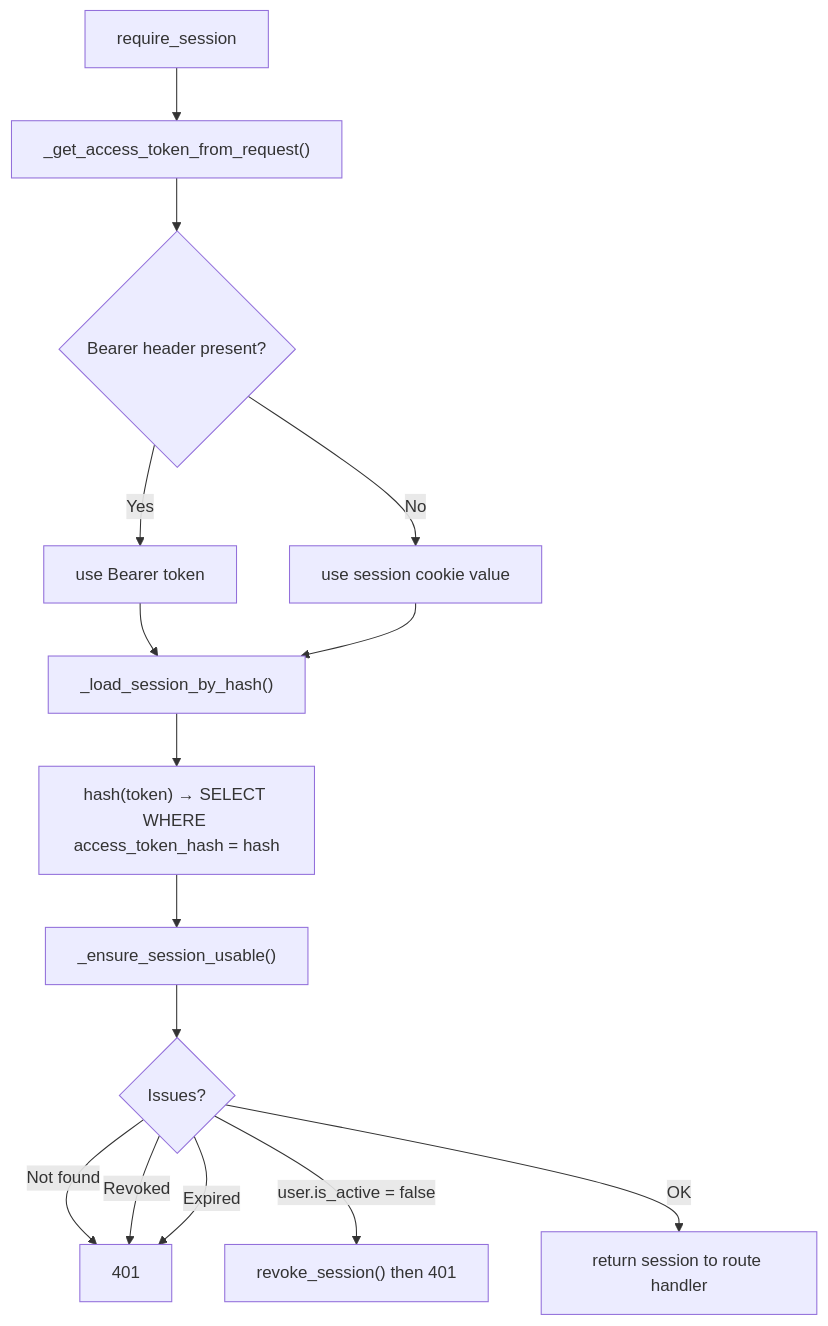
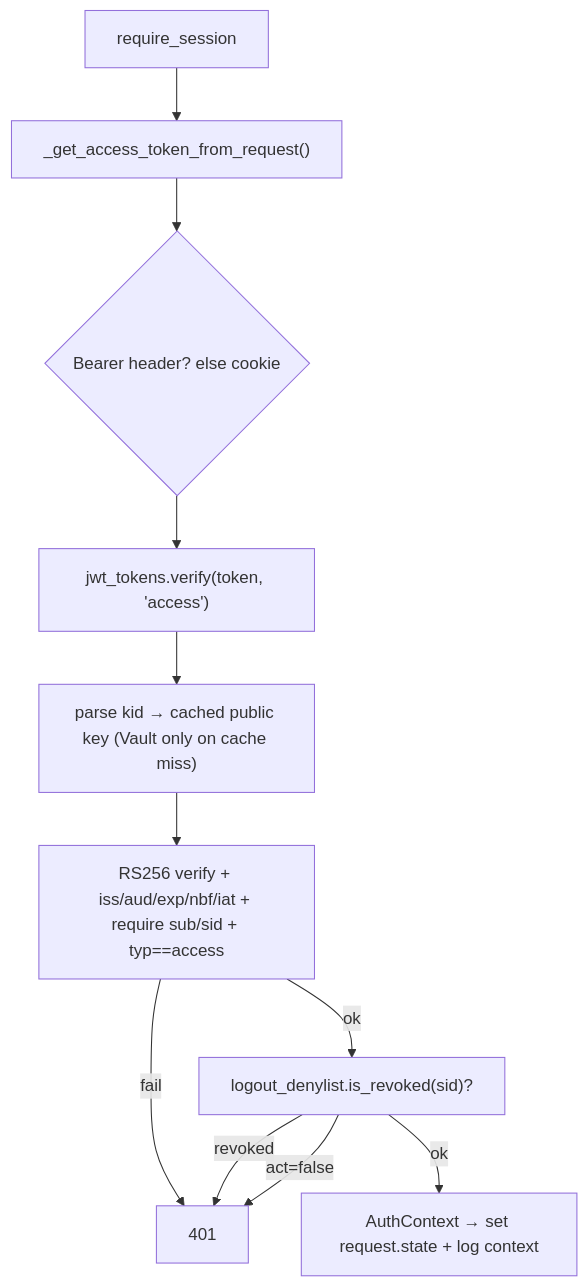
Before and after one commit to konstantinosmpouros/mAgenticX: the third of 5 diagrams in docs/flows/authentication-and-session.md, drawn with Mermaid. The commit also changed other lines of this file and 29 other files, not shown here.

Commit message:
Stateless Vault-signed JWT sessions, replacing DB-backed sessions

````diff
--- a/docs/flows/authentication-and-session.md
+++ b/docs/flows/authentication-and-session.md
@@ -160,16 +148,13 @@
 ```mermaid
 flowchart TD
     A["require_session"] --> B["_get_access_token_from_request()"]
-    B --> C{Bearer header present?}
-    C -->|Yes| D["use Bearer token"]
-    C -->|No| E["use session cookie value"]
-    D & E --> F["_load_session_by_hash()"]
-    F --> G["hash(token) → SELECT WHERE access_token_hash = hash"]
-    G --> H["_ensure_session_usable()"]
-    H --> I{Issues?}
-    I -->|Not found| J["401"]
-    I -->|Revoked| J
-    I -->|Expired| J
-    I -->|user.is_active = false| K["revoke_session() then 401"]
-    I -->|OK| L["return session to route handler"]
+    B --> C{"Bearer header? else cookie"}
+    C --> D["jwt_tokens.verify(token, 'access')"]
+    D --> E["parse kid → cached public key (Vault only on cache miss)"]
+    E --> F["RS256 verify + iss/aud/exp/nbf/iat + require sub/sid + typ==access"]
+    F -->|fail| G["401"]
+    F -->|ok| H["logout_denylist.is_revoked(sid)?"]
+    H -->|revoked| G
+    H -->|act=false| G
+    H -->|ok| I["AuthContext → set request.state + log context"]
 ```
````
